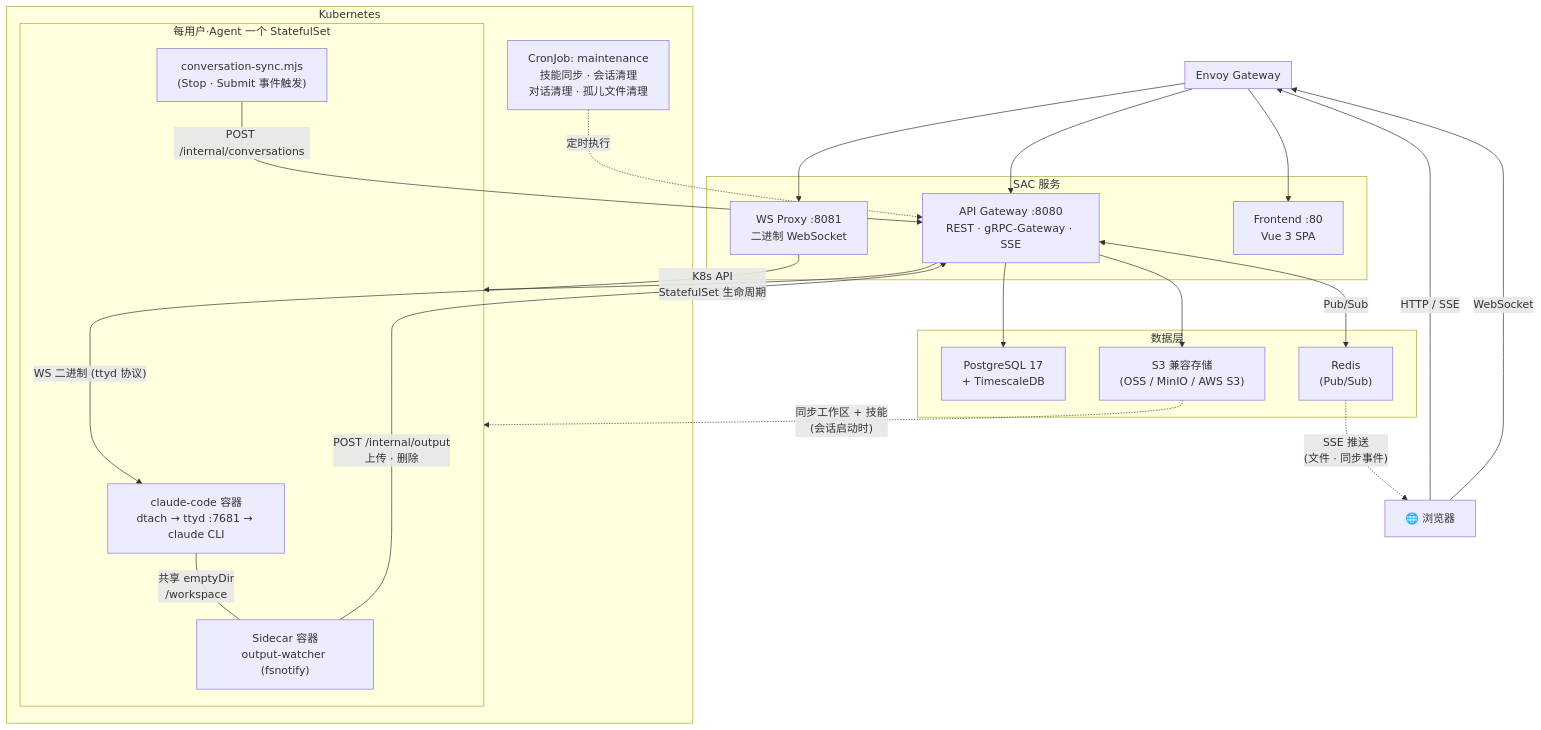
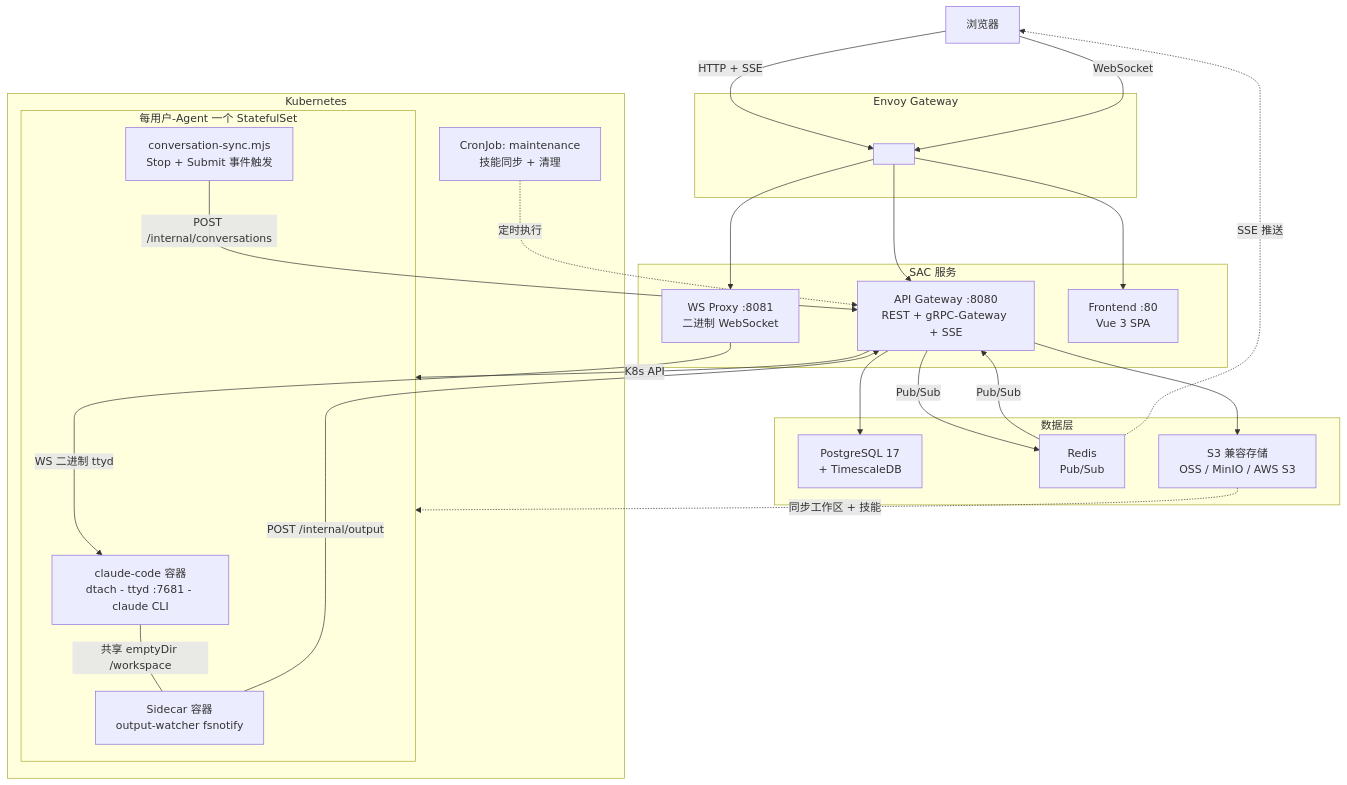
The first of 2 diagrams in docs/i18n/README.zh.md (aireet/sac), drawn with Mermaid before and after one commit. The commit also changed other lines of this file and 1 other file, not shown here.

Commit message:
fix(docs): make mermaid diagrams compatible with v9.1.3
Remove bidirectional arrows, direction keyword, middot chars,
unicode arrows, emojis, and curly braces in node IDs that cause
syntax errors on GitLab mermaid 9.1.3.

````diff
--- a/docs/i18n/README.zh.md
+++ b/docs/i18n/README.zh.md
@@ -28,49 +28,50 @@
 ```mermaid
 graph TB
-    Browser["🌐 浏览器"]
+    Browser["浏览器"]
 
     subgraph Gateway["Envoy Gateway"]
-        direction LR
+        GW[" "]
     end
 
     subgraph Services["SAC 服务"]
-        API["API Gateway :8080<br/>REST · gRPC-Gateway · SSE"]
+        API["API Gateway :8080<br/>REST + gRPC-Gateway + SSE"]
         WS["WS Proxy :8081<br/>二进制 WebSocket"]
         FE["Frontend :80<br/>Vue 3 SPA"]
     end
 
     subgraph Data["数据层"]
         PG["PostgreSQL 17<br/>+ TimescaleDB"]
-        Redis["Redis<br/>(Pub/Sub)"]
-        S3["S3 兼容存储<br/>(OSS / MinIO / AWS S3)"]
+        Redis["Redis<br/>Pub/Sub"]
+        S3["S3 兼容存储<br/>OSS / MinIO / AWS S3"]
     end
 
     subgraph K8s["Kubernetes"]
-        subgraph Pod["每用户·Agent 一个 StatefulSet"]
-            Main["claude-code 容器<br/>dtach → ttyd :7681 → claude CLI"]
-            Sidecar["Sidecar 容器<br/>output-watcher (fsnotify)"]
-            Hook["conversation-sync.mjs<br/>(Stop · Submit 事件触发)"]
+        subgraph Pod["每用户-Agent 一个 StatefulSet"]
+            Main["claude-code 容器<br/>dtach - ttyd :7681 - claude CLI"]
+            Sidecar["Sidecar 容器<br/>output-watcher fsnotify"]
+            Hook["conversation-sync.mjs<br/>Stop + Submit 事件触发"]
         end
-        Cron["CronJob: maintenance<br/>技能同步 · 会话清理<br/>对话清理 · 孤儿文件清理"]
+        Cron["CronJob: maintenance<br/>技能同步 + 清理"]
     end
 
-    Browser -->|"HTTP / SSE"| Gateway
-    Browser -->|WebSocket| Gateway
-    Gateway --> FE
-    Gateway --> API
-    Gateway --> WS
+    Browser -->|"HTTP + SSE"| GW
+    Browser -->|"WebSocket"| GW
+    GW --> FE
+    GW --> API
+    GW --> WS
 
-    WS -->|"WS 二进制 (ttyd 协议)"| Main
-    API -->|"K8s API<br/>StatefulSet 生命周期"| Pod
+    WS -->|"WS 二进制 ttyd"| Main
+    API -->|"K8s API"| Pod
     API --> PG
     API --> S3
-    API <-->|Pub/Sub| Redis
+    API -->|"Pub/Sub"| Redis
+    Redis -->|"Pub/Sub"| API
 
-    Sidecar -->|"POST /internal/output<br/>上传 · 删除"| API
+    Sidecar -->|"POST /internal/output"| API
     Hook -->|"POST /internal/conversations"| API
-    Main ---|"共享 emptyDir<br/>/workspace"| Sidecar
+    Main ---|"共享 emptyDir /workspace"| Sidecar
 
-    S3 -.->|"同步工作区 + 技能<br/>(会话启动时)"| Pod
-    Redis -.->|"SSE 推送<br/>(文件 · 同步事件)"| Browser
-    Cron -.->|定时执行| API
+    S3 -.->|"同步工作区 + 技能"| Pod
+    Redis -.->|"SSE 推送"| Browser
+    Cron -.->|"定时执行"| API
 ```
````
